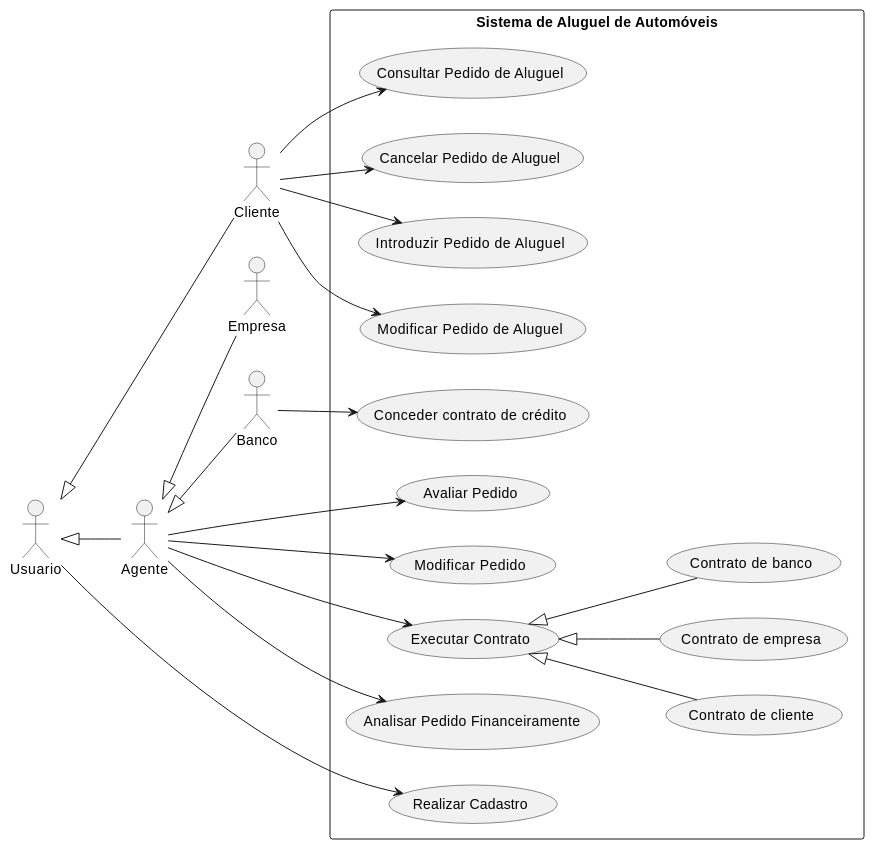
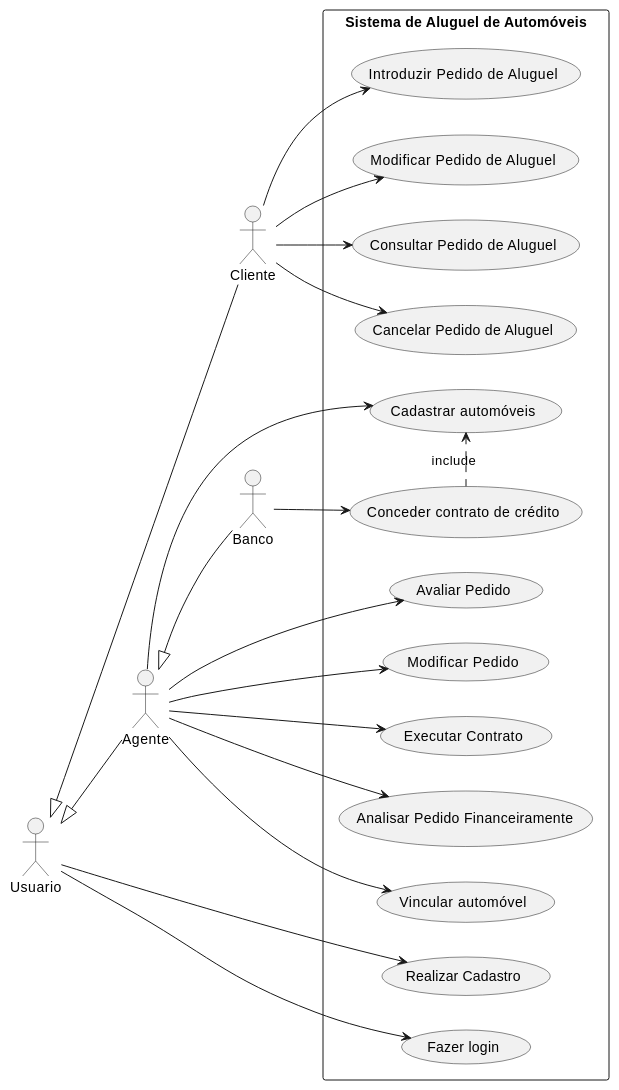
One commit to GuilhermeFalante/LDS_Aluguel_de_Carros changed the diagram in projeto/diagramaDeUsoSprint2.md. Above: the diagram before and after it, drawn with PlantUML. The commit also changed 6 other files, not shown here.

Commit message:
tudo bem arrumado menos o diagrama de pacotes

```diff
--- a/projeto/diagramaDeUsoSprint2.md
+++ b/projeto/diagramaDeUsoSprint2.md
@@ -1,46 +1,46 @@
 @startuml
 left to right direction
 
 actor Cliente
 actor Agente
-actor Empresa as Empresa
 actor Banco as Banco
 actor Usuario
 
-Agente <|-- Empresa
 Agente <|-- Banco
 Usuario <|-- Cliente
 Usuario <|-- Agente
 
 rectangle "Sistema de Aluguel de Automóveis" {
     usecase "Introduzir Pedido de Aluguel" as UC2
     usecase "Modificar Pedido de Aluguel" as UC3
     usecase "Consultar Pedido de Aluguel" as UC4
     usecase "Cancelar Pedido de Aluguel" as UC5
     usecase "Avaliar Pedido" as UC6
     usecase "Modificar Pedido" as UC7
     usecase "Conceder contrato de crédito" as UC8
     usecase "Executar Contrato" as UC9
     usecase "Realizar Cadastro" as UC14
     usecase "Analisar Pedido Financeiramente" as UC15
-    usecase "Contrato de cliente" as UC16
-    usecase "Contrato de empresa" as UC17
-    usecase "Contrato de banco" as UC18
+    usecase "Vincular automóvel" as UC16
+    usecase "Cadastrar automóveis" as UC19
+    usecase "Fazer login" as UC20
 }
 
-UC9 <|-- UC16
-UC9 <|-- UC17
-UC9 <|-- UC18
+UC8 .> UC19 : "include"
+
 Cliente --> UC2
 Cliente --> UC3
 Cliente --> UC4
 Cliente --> UC5
 
 Usuario --> UC14
+Usuario --> UC20
 
+Agente --> UC16
+Agente --> UC19
 Agente --> UC6
 Agente --> UC7
 Banco --> UC8
 Agente --> UC9
 Agente --> UC15
 @enduml
```
